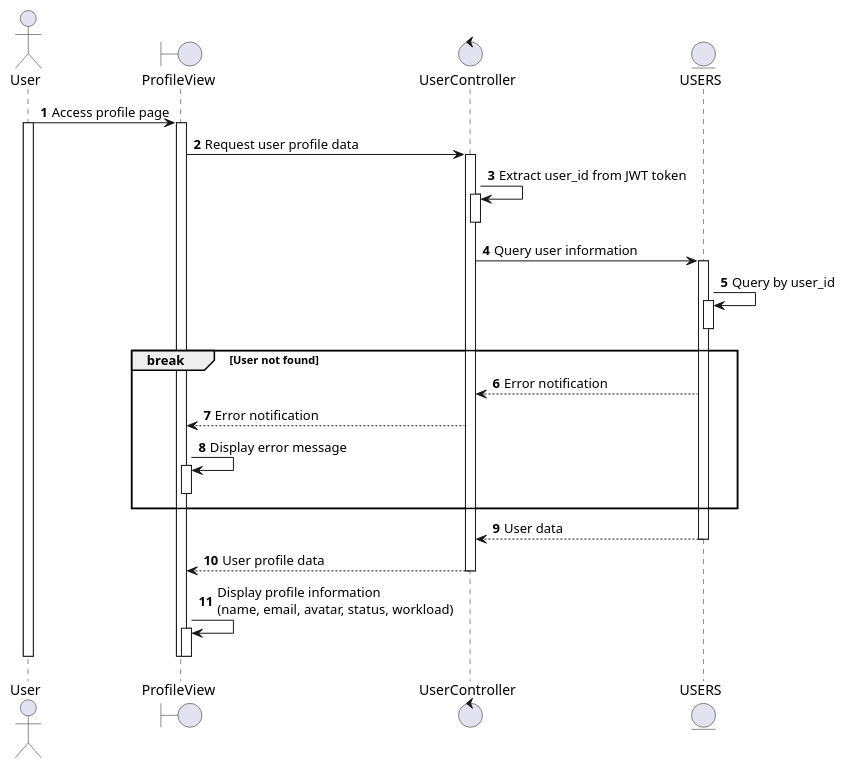
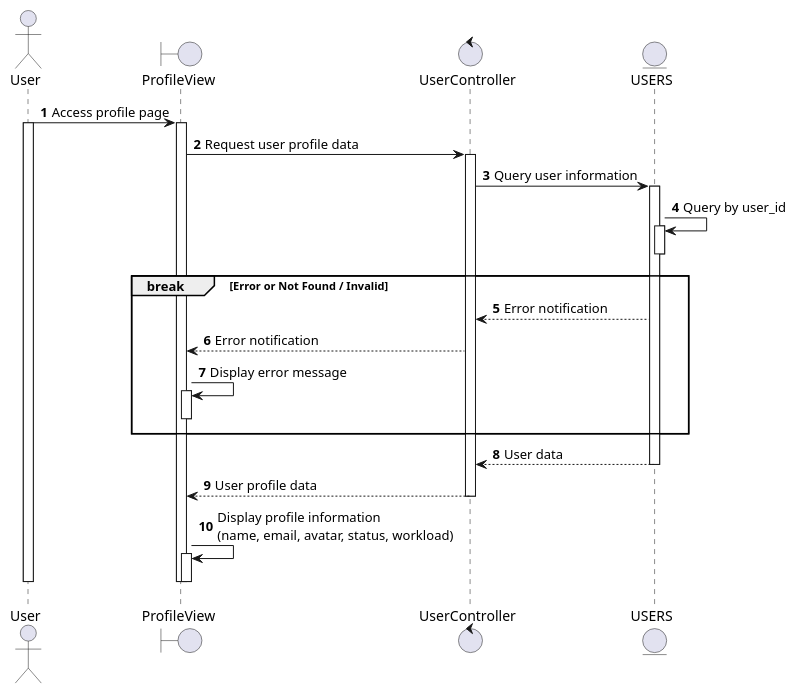
One commit to taskpilot-platform/taskpilot-platform.github.io changed the diagram in docs/docs/sequence/user-profile/view-user-profile.md. Above: the diagram before and after it, drawn with PlantUML. The commit also changed 65 other files, not shown here.

Commit message:
docs: Add new sequence diagrams for various platform functionalities including project, task, sprint, user, and AI assistant management.

````diff
--- a/docs/docs/sequence/user-profile/view-user-profile.md
+++ b/docs/docs/sequence/user-profile/view-user-profile.md
@@ -3,43 +3,45 @@
 ```plantuml
 @startuml
 autonumber
 
 actor User as U
 boundary ProfileView as PV
 control UserController as UC
 entity USERS as US
 
 U -> PV: Access profile page
 activate U
 activate PV
+
 PV -> UC: Request user profile data
 activate UC
-UC -> UC: Extract user_id from JWT token
-activate UC
-deactivate UC
+
 UC -> US: Query user information
 activate US
 US -> US: Query by user_id
 activate US
 deactivate US
 
-break User not found
+break Error or Not Found / Invalid
   UC <-- US: Error notification
   PV <-- UC: Error notification
   PV -> PV: Display error message
   activate PV
   deactivate PV
 end
 
 UC <-- US: User data
 deactivate US
+
 PV <-- UC: User profile data
 deactivate UC
+
 PV -> PV: Display profile information\n(name, email, avatar, status, workload)
 activate PV
 deactivate PV
+
 deactivate PV
 deactivate U
 
 @enduml
 ```
````
